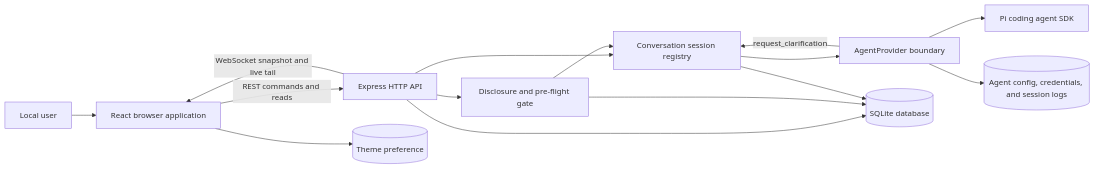
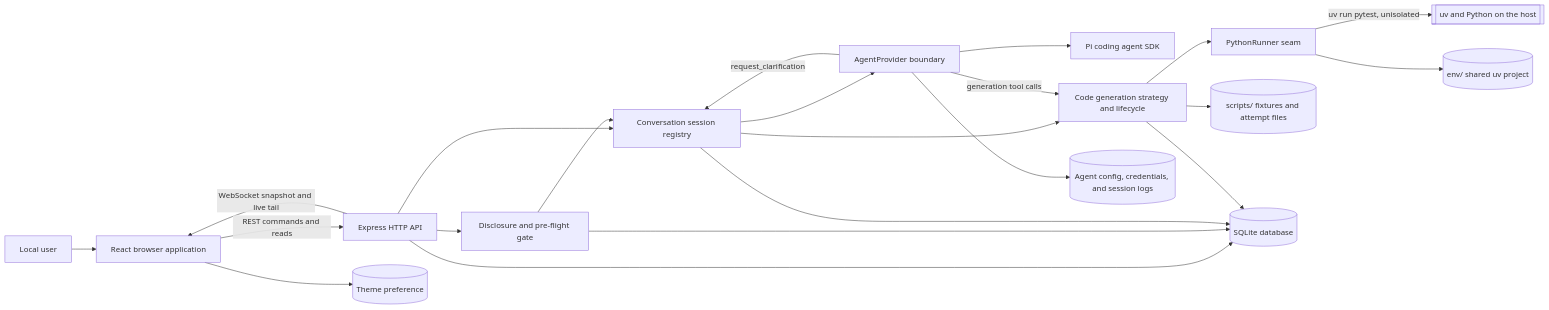
The first of 6 diagrams in docs/architecture.md (abranjith/auto-mate), drawn with Mermaid before and after one commit. The commit also changed other lines of this file and 128 other files, not shown here.

Commit message:
code generation & agent repair loop

````diff
--- a/docs/architecture.md
+++ b/docs/architecture.md
@@ -13,17 +15,24 @@
 ```mermaid
 flowchart LR
   User[Local user] --> Browser[React browser application]
   Browser -->|REST commands and reads| Api[Express HTTP API]
   Api -->|WebSocket snapshot and live tail| Browser
   Api --> Gate[Disclosure and pre-flight gate]
   Api --> Sessions[Conversation session registry]
   Gate --> Sessions
   Sessions --> Provider[AgentProvider boundary]
   Provider --> Pi[Pi coding agent SDK]
   Provider -->|request_clarification| Sessions
+  Sessions --> Generation[Code generation strategy and lifecycle]
+  Provider -->|generation tool calls| Generation
+  Generation --> Runner[PythonRunner seam]
+  Runner -->|uv run pytest, unisolated| Python[[uv and Python on the host]]
+  Generation --> Scripts[("scripts/ fixtures and attempt files")]
+  Runner --> Env[("env/ shared uv project")]
   Api --> Db[(SQLite database)]
   Gate --> Db
   Sessions --> Db
+  Generation --> Db
   Provider --> Files[(Agent config, credentials, and session logs)]
   Browser --> LocalStorage[(Theme preference)]
 ```
````
